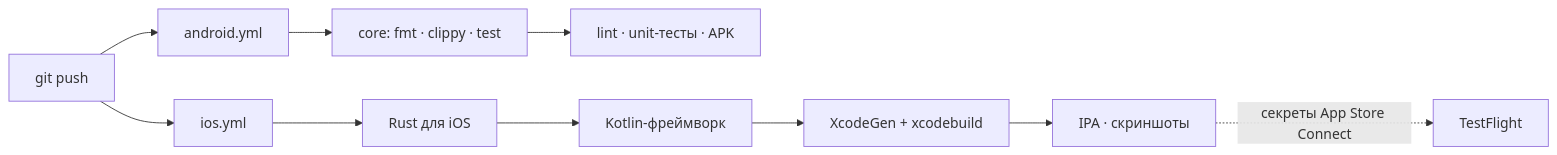
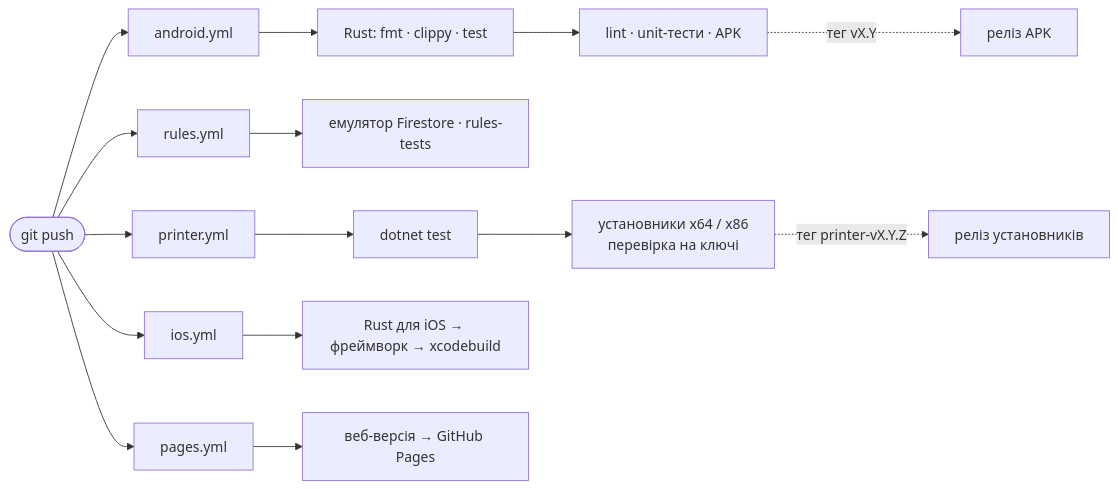
One commit to Nikifor3663636/chudoskan changed the tenth of 10 diagrams in ARCHITECTURE.md. Above: the diagram before and after it, drawn with Mermaid. The commit also changed other lines of this file and 1 other file, not shown here.

First line of the commit message:
README і ARCHITECTURE: новий вигляд, діаграми, актуальний стан 3.0

````diff
--- a/ARCHITECTURE.md
+++ b/ARCHITECTURE.md
@@ -273,8 +345,10 @@
 ```mermaid
 flowchart LR
-    push[git push] --> a[android.yml]
-    push --> i[ios.yml]
-    a --> a1[core: fmt · clippy · test] --> a2[lint · unit-тесты · APK]
-    i --> i1[Rust для iOS] --> i2[Kotlin-фреймворк] --> i3[XcodeGen + xcodebuild] --> i4[IPA · скриншоты]
-    i4 -.секреты App Store Connect.-> tf[TestFlight]
+    push(["git push"]) --> a["android.yml"] --> a1["Rust: fmt · clippy · test"] --> a2["lint · unit-тести · APK"]
+    push --> r["rules.yml"] --> r1["емулятор Firestore · rules-tests"]
+    push --> p["printer.yml"] --> p1["dotnet test"] --> p2["установники x64 / x86<br/>перевірка на ключі"]
+    push --> i["ios.yml"] --> i1["Rust для iOS → фреймворк → xcodebuild"]
+    push --> w["pages.yml"] --> w1["веб-версія → GitHub Pages"]
+    a2 -.->|"тег vX.Y"| rel1["реліз APK"]
+    p2 -.->|"тег printer-vX.Y.Z"| rel2["реліз установників"]
 ```
````
